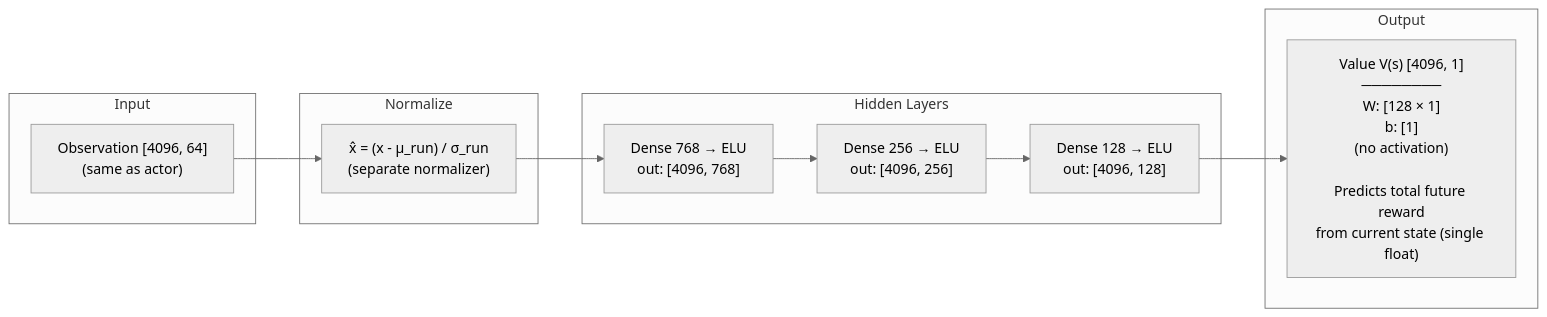
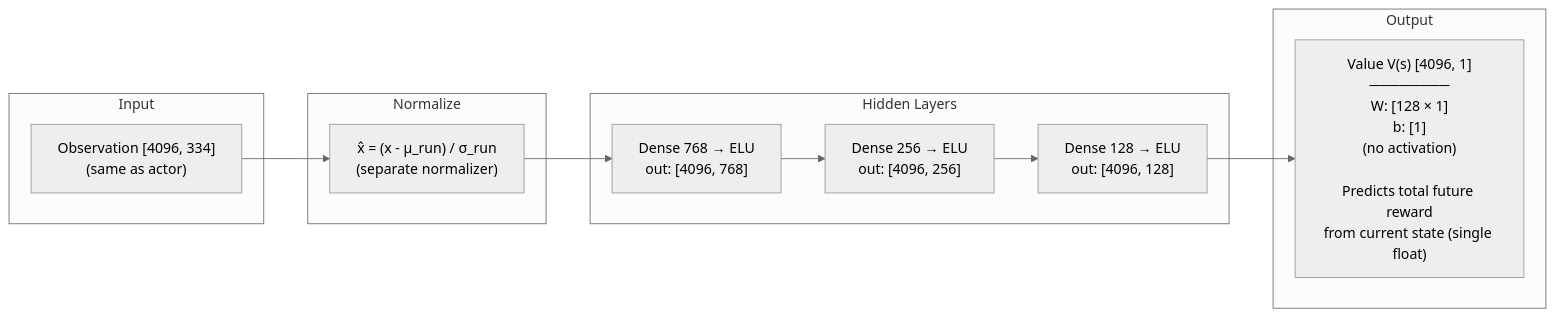
One commit to armmarov/armrobot changed the third of 9 diagrams in docs/PPO_NETWORK.md. Above: the diagram before and after it, drawn with Mermaid (neutral theme). The commit also changed other lines of this file and 14 other files, not shown here.

````diff
--- a/docs/PPO_NETWORK.md
+++ b/docs/PPO_NETWORK.md
@@ -99,22 +99,22 @@
 ```mermaid
 flowchart LR
     subgraph INPUT2["Input"]
-        I2["Observation [4096, 64]<br/>(same as actor)"]
+        I2["Observation [4096, 334]<br/>(same as actor)"]
     end
 
     subgraph NORMALIZE2["Normalize"]
         N2["x̂ = (x - μ_run) / σ_run<br/>(separate normalizer)"]
     end
 
     subgraph HIDDEN2["Hidden Layers"]
         H2_1["Dense 768 → ELU<br/>out: [4096, 768]"]
         H2_2["Dense 256 → ELU<br/>out: [4096, 256]"]
         H2_3["Dense 128 → ELU<br/>out: [4096, 128]"]
     end
 
     subgraph OUTPUT2["Output"]
         V["Value V(s) [4096, 1]<br/>────────<br/>W: [128 × 1]<br/>b: [1]<br/>(no activation)<br/><br/>Predicts total future reward<br/>from current state (single float)"]
     end
 
     I2 --> N2 --> H2_1 --> H2_2 --> H2_3 --> V
 ```
````
